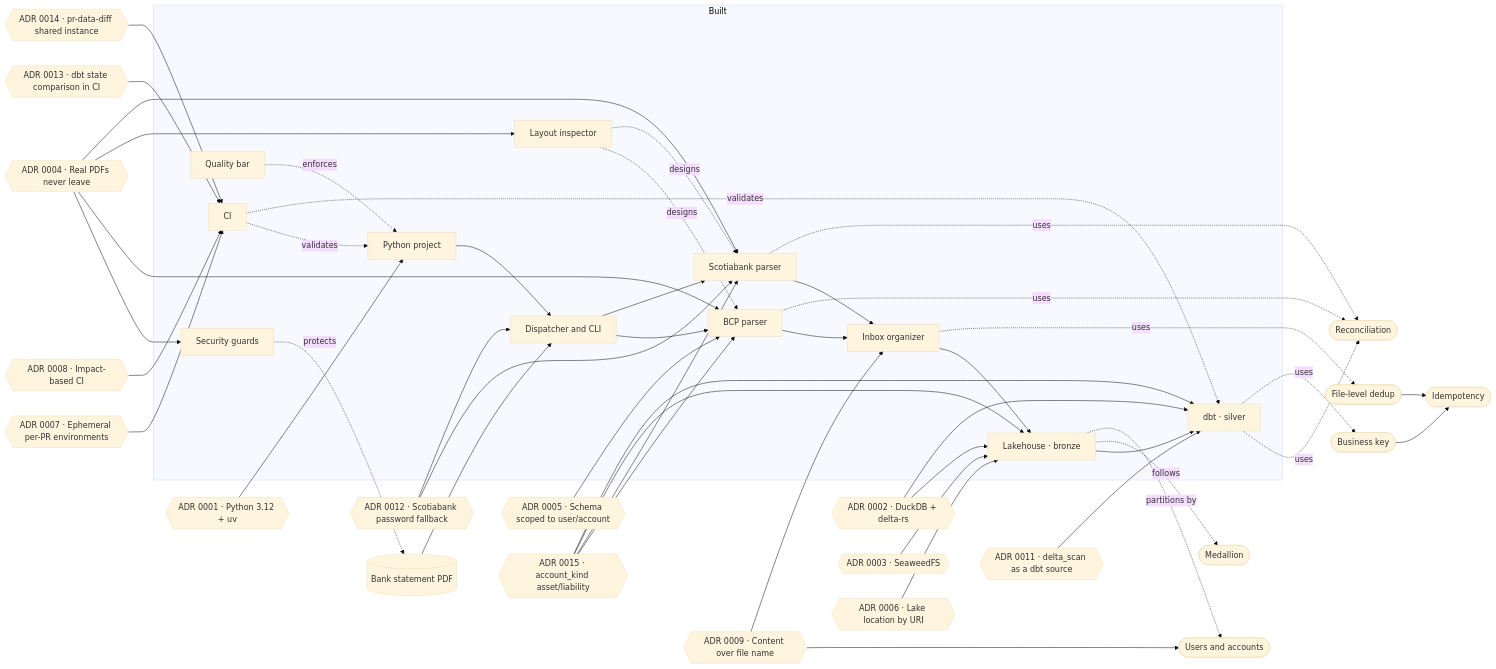
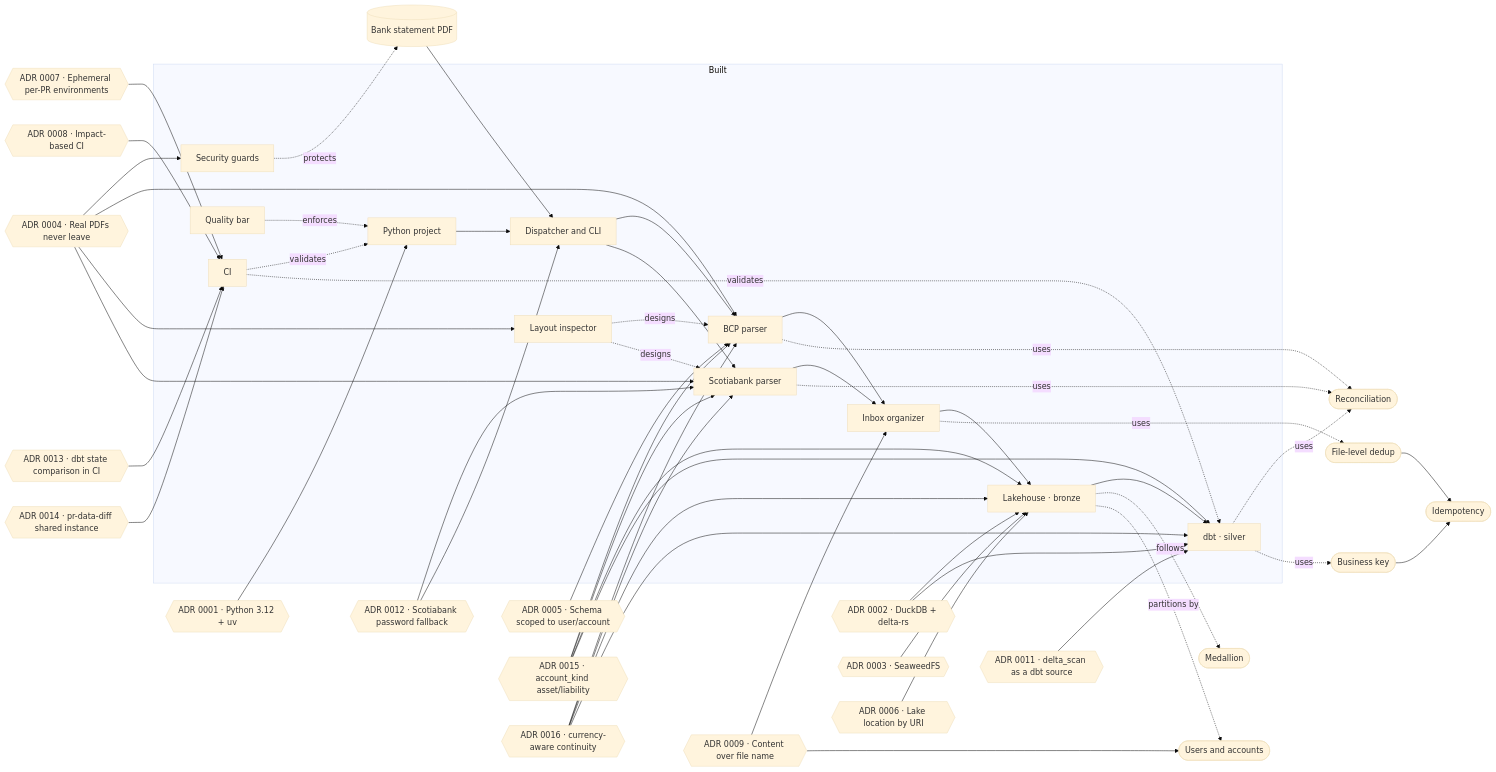
The diagram in brain/README.md (PieroRios2000/personal-finance-platform), drawn with Mermaid (base theme) before and after one commit. The commit also changed other lines of this file and 7 other files, not shown here.

First line of the commit message:
docs: ADR 0016 and brain updates for currency-aware continuity (T18c)

````diff
--- a/brain/README.md
+++ b/brain/README.md
@@ -12,62 +12,66 @@
 ```mermaid
 flowchart LR
     PDF[("Bank statement PDF")]
 
     subgraph built["Built"]
         GS["Security guards"]
         PY["Python project"]
         CI["CI"]
         INS["Layout inspector"]
         CAL["Quality bar"]
         CLID["Dispatcher and CLI"]
         BCP["BCP parser"]
         SCOTIA["Scotiabank parser"]
         ORG["Inbox organizer"]
         LAKE["Lakehouse · bronze"]
         DBT["dbt · silver"]
     end
 
     PDF --> CLID --> BCP --> ORG --> LAKE --> DBT
     CLID --> SCOTIA --> ORG
     PY --> CLID
     CI -. validates .-> PY
     GS -. protects .-> PDF
     INS -. designs .-> BCP
     INS -. designs .-> SCOTIA
     CAL -. enforces .-> PY
 
     BCP -. uses .-> REC(["Reconciliation"])
     SCOTIA -. uses .-> REC
     ORG -. uses .-> DED(["File-level dedup"])
     LAKE -. follows .-> MED(["Medallion"])
     LAKE -. partitions by .-> UA(["Users and accounts"])
     DBT -. uses .-> REC
     DBT -. uses .-> BK(["Business key"])
     DED --> IDE(["Idempotency"])
     BK --> IDE
 
     A1{{"ADR 0001 · Python 3.12 + uv"}} --> PY
     A2{{"ADR 0002 · DuckDB + delta-rs"}} --> LAKE
     A2 --> DBT
     A3{{"ADR 0003 · SeaweedFS"}} --> LAKE
     A4{{"ADR 0004 · Real PDFs never leave"}} --> GS
     A4 --> BCP
     A4 --> INS
     A4 --> SCOTIA
     A5{{"ADR 0005 · Schema scoped to user/account"}} --> BCP
     A6{{"ADR 0006 · Lake location by URI"}} --> LAKE
     A9{{"ADR 0009 · Content over file name"}} --> ORG
     A9 --> UA
     A11{{"ADR 0011 · delta_scan as a dbt source"}} --> DBT
     A7{{"ADR 0007 · Ephemeral per-PR environments"}} --> CI
     A8{{"ADR 0008 · Impact-based CI"}} --> CI
     A13{{"ADR 0013 · dbt state comparison in CI"}} --> CI
     A14{{"ADR 0014 · pr-data-diff shared instance"}} --> CI
     CI -. validates .-> DBT
     A12{{"ADR 0012 · Scotiabank password fallback"}} --> SCOTIA
     A12 --> CLID
     A15{{"ADR 0015 · account_kind asset/liability"}} --> BCP
     A15 --> SCOTIA
     A15 --> LAKE
     A15 --> DBT
+    A16{{"ADR 0016 · currency-aware continuity"}} --> BCP
+    A16 --> SCOTIA
+    A16 --> LAKE
+    A16 --> DBT
 ```
````
